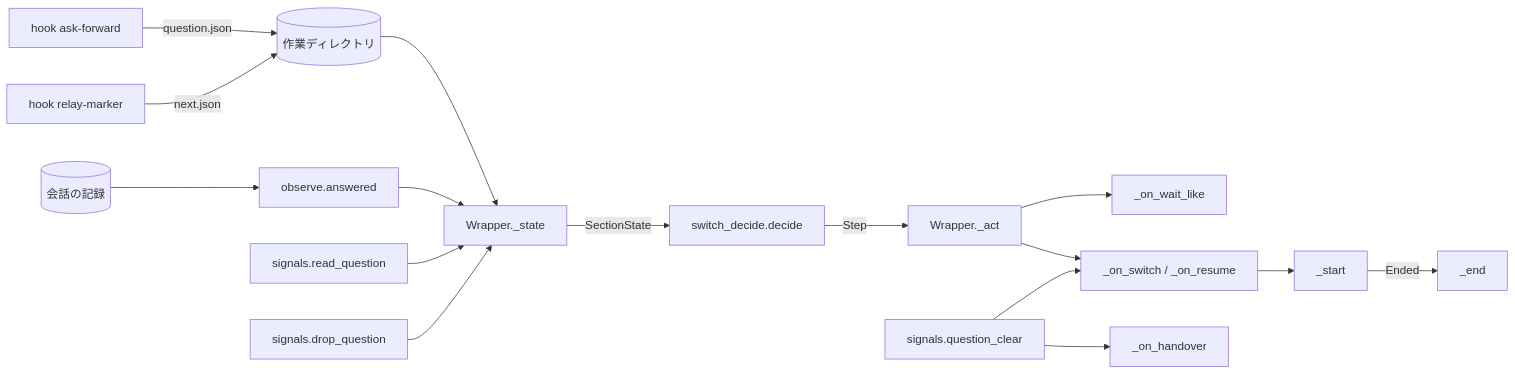
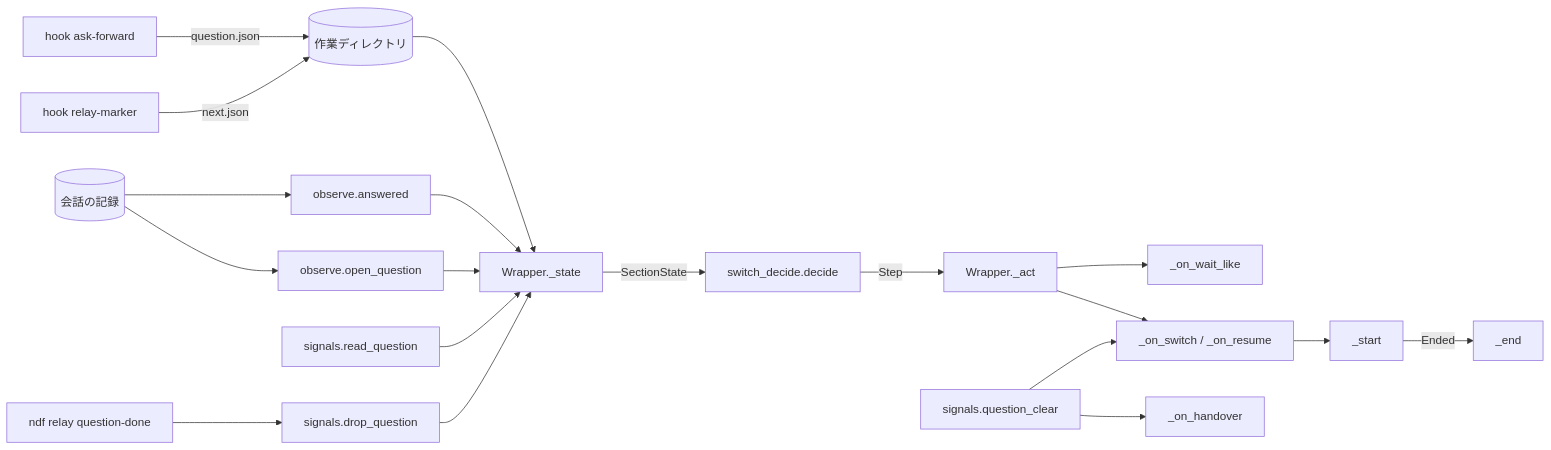
The first of 5 diagrams in issues/issue-3842-3846-3847-3814-design.md (devbasex/ai-plugins), drawn with Mermaid before and after one commit. The commit also changed other lines of this file and 1 other file, not shown here.

````diff
--- a/issues/issue-3842-3846-3847-3814-design.md
+++ b/issues/issue-3842-3846-3847-3814-design.md
@@ -165,17 +169,19 @@
 ```mermaid
 flowchart LR
   H1[hook ask-forward] -->|question.json| SIG[(作業ディレクトリ)]
   H2[hook relay-marker] -->|next.json| SIG
   SIG --> ST[Wrapper._state]
   TR[(会話の記録)] --> OB[observe.answered] --> ST
+  TR --> OQ[observe.open_question] --> ST
+  QD[ndf relay question-done] --> DQ
   ST -->|SectionState| D[switch_decide.decide]
   D -->|Step| ACT[Wrapper._act]
   ACT --> FW[_on_wait_like]
   ACT --> SW[_on_switch / _on_resume]
   SW --> S[_start]
   S -->|Ended| END[_end]
   RQ[signals.read_question] --> ST
   QC[signals.question_clear] --> SW
   QC --> HO[_on_handover]
   DQ[signals.drop_question] --> ST
 ```
````
